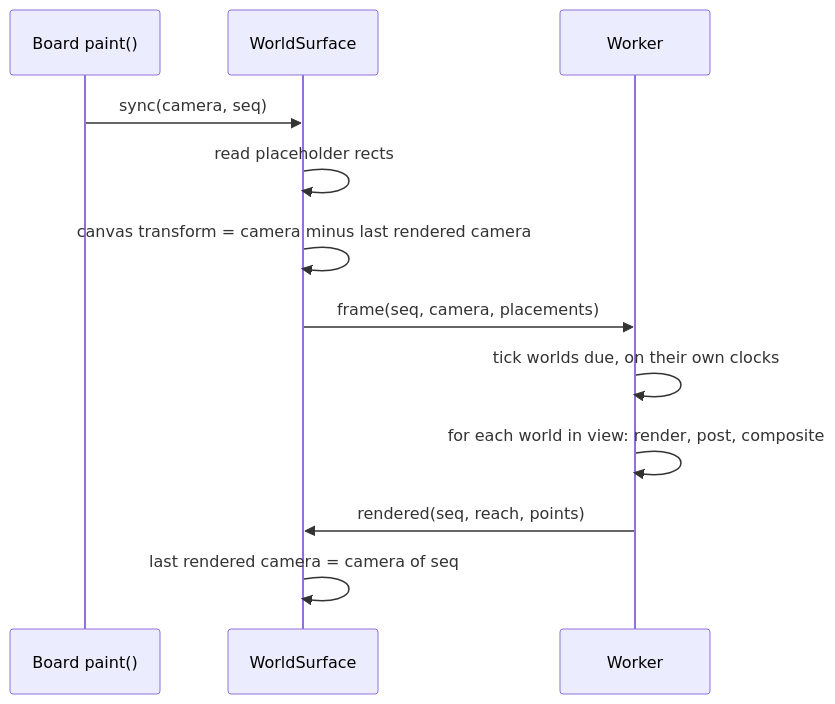
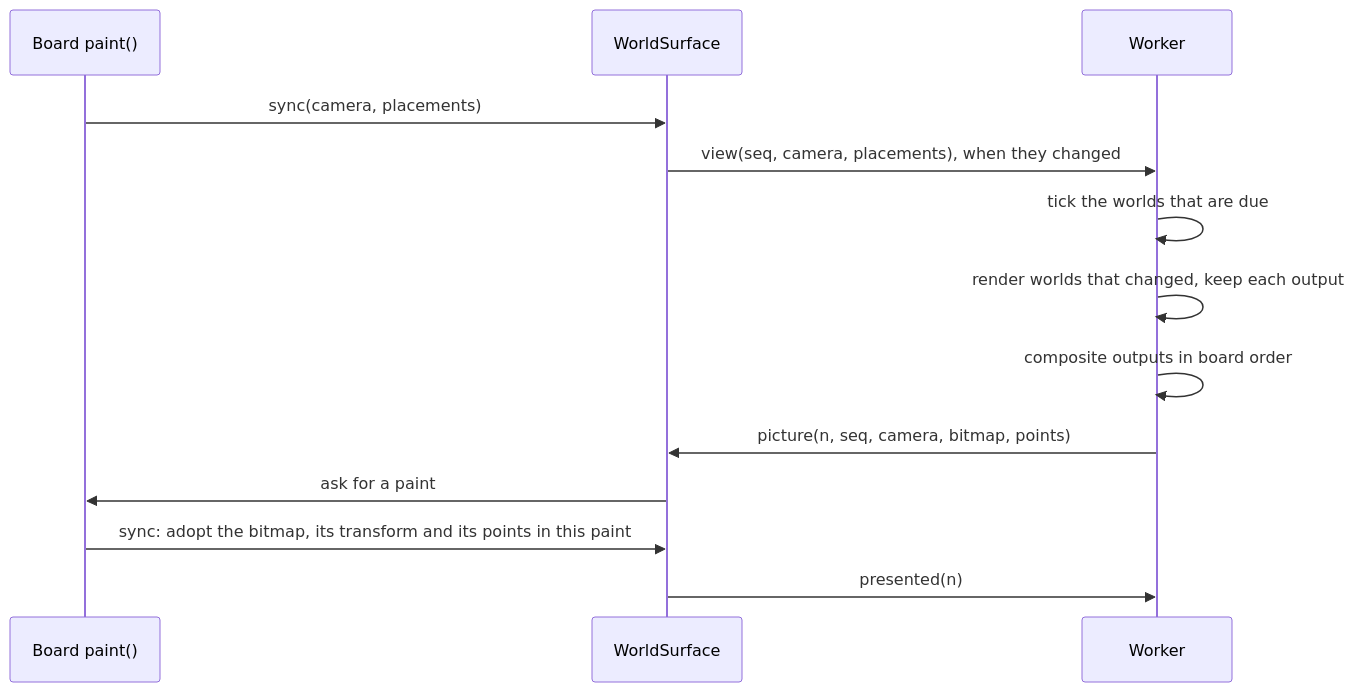
One commit to Nordup/askaboard changed the third of 6 diagrams in docs/learning-space/one-world-architecture.md. Above: the diagram before and after it, drawn with Mermaid. The commit also changed other lines of this file and 1 other file, not shown here.

Commit message:
docs: pictures reach the page with their camera; the GPT review is in the contract

````diff
--- a/docs/learning-space/one-world-architecture.md
+++ b/docs/learning-space/one-world-architecture.md
@@ -68,14 +77,15 @@
 ```mermaid
 sequenceDiagram
   participant B as Board paint()
   participant S as WorldSurface
   participant W as Worker
-  B->>S: sync(camera, seq)
-  S->>S: read placeholder rects
-  S->>S: canvas transform = camera minus last rendered camera
-  S->>W: frame(seq, camera, placements)
-  W->>W: tick worlds due, on their own clocks
-  W->>W: for each world in view: render, post, composite
-  W->>S: rendered(seq, reach, points)
-  S->>S: last rendered camera = camera of seq
+  B->>S: sync(camera, placements)
+  S->>W: view(seq, camera, placements), when they changed
+  W->>W: tick the worlds that are due
+  W->>W: render worlds that changed, keep each output
+  W->>W: composite outputs in board order
+  W->>S: picture(n, seq, camera, bitmap, points)
+  S->>B: ask for a paint
+  B->>S: sync: adopt the bitmap, its transform and its points in this paint
+  S->>W: presented(n)
 ```
````
